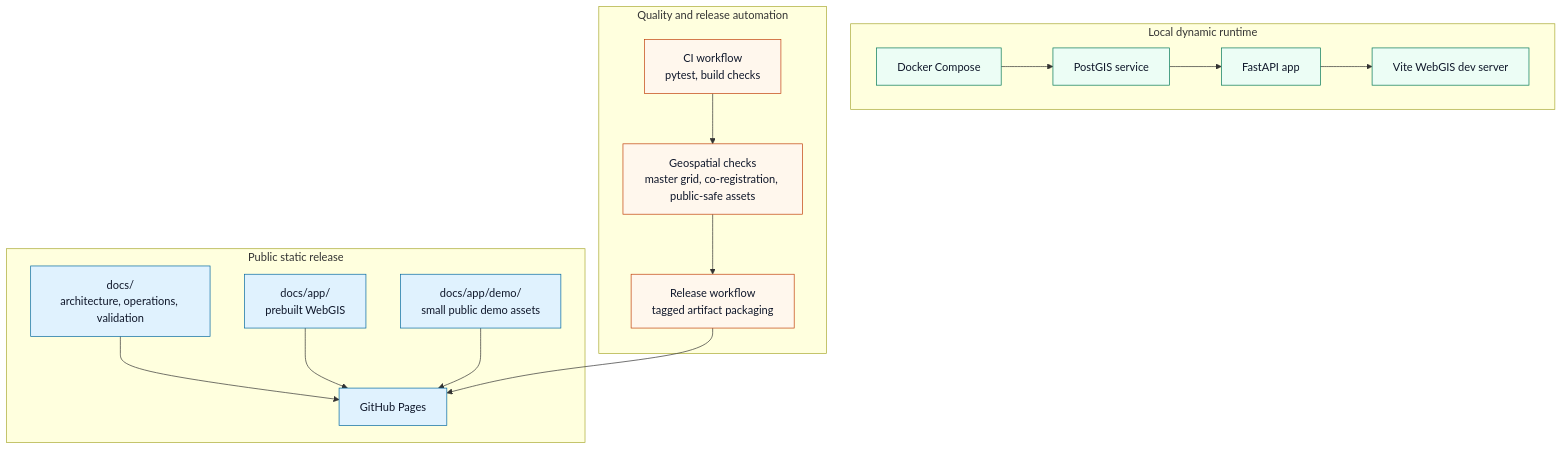
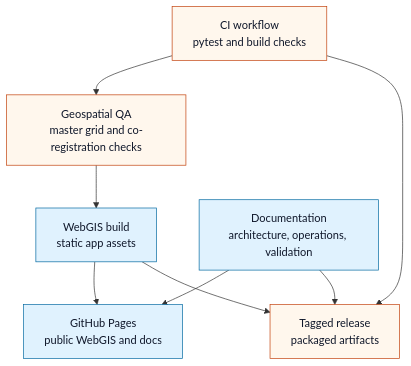
The sixth of 6 diagrams in docs/ARCHITECTURE.md (Nkusial/LCC_Monitor_RwaKig), drawn with Mermaid before and after one commit. The commit also changed other lines of this file, not shown here.

Commit message:
Split architecture diagrams for readability

````diff
--- a/docs/ARCHITECTURE.md
+++ b/docs/ARCHITECTURE.md
@@ -174,40 +214,23 @@
 ```mermaid
 flowchart TB
-    subgraph local_runtime["Local dynamic runtime"]
-        docker["Docker Compose"]
-        postgis["PostGIS service"]
-        fastapi["FastAPI app"]
-        local_web["Vite WebGIS dev server"]
-    end
+    ci["CI workflow<br/>pytest and build checks"]
+    qa["Geospatial QA<br/>master grid and co-registration checks"]
+    build["WebGIS build<br/>static app assets"]
+    docs["Documentation<br/>architecture, operations, validation"]
+    pages["GitHub Pages<br/>public WebGIS and docs"]
+    release["Tagged release<br/>packaged artifacts"]
 
-    subgraph static_release["Public static release"]
-        docs["docs/<br/>architecture, operations, validation"]
-        app["docs/app/<br/>prebuilt WebGIS"]
-        demo["docs/app/demo/<br/>small public demo assets"]
-        pages["GitHub Pages"]
-    end
+    ci --> qa
+    qa --> build
+    build --> pages
+    docs --> pages
+    ci --> release
+    build --> release
+    docs --> release
 
-    subgraph automation["Quality and release automation"]
-        ci["CI workflow<br/>pytest, build checks"]
-        release["Release workflow<br/>tagged artifact packaging"]
-        checks["Geospatial checks<br/>master grid, co-registration, public-safe assets"]
-    end
+    classDef automation fill:#fff7ed,stroke:#c2410c,color:#0f172a
+    classDef static fill:#e0f2fe,stroke:#0369a1,color:#0f172a
 
-    docker --> postgis
-    postgis --> fastapi
-    fastapi --> local_web
-    docs --> pages
-    app --> pages
-    demo --> pages
-    ci --> checks
-    checks --> release
-    release --> pages
-
-    classDef runtime fill:#ecfdf5,stroke:#047857,color:#0f172a
-    classDef static fill:#e0f2fe,stroke:#0369a1,color:#0f172a
-    classDef automation fill:#fff7ed,stroke:#c2410c,color:#0f172a
-
-    class docker,postgis,fastapi,local_web runtime
-    class docs,app,demo,pages static
-    class ci,release,checks automation
+    class ci,qa,release automation
+    class build,docs,pages static
 ```
````
